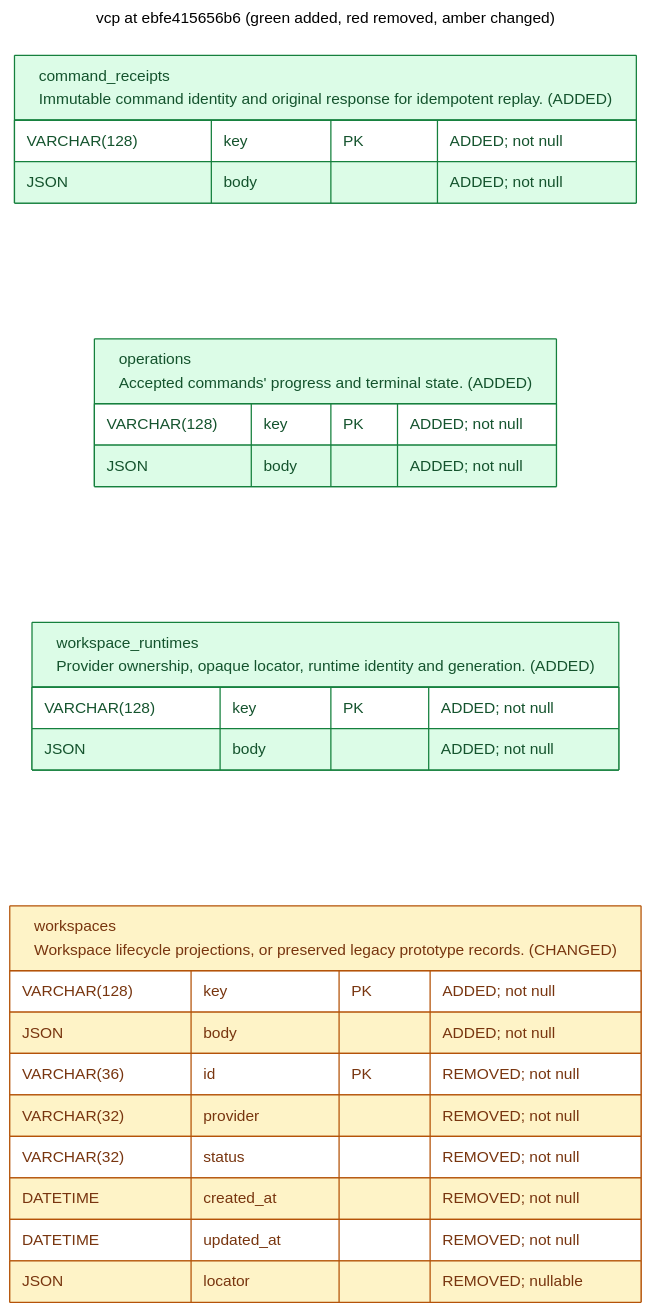
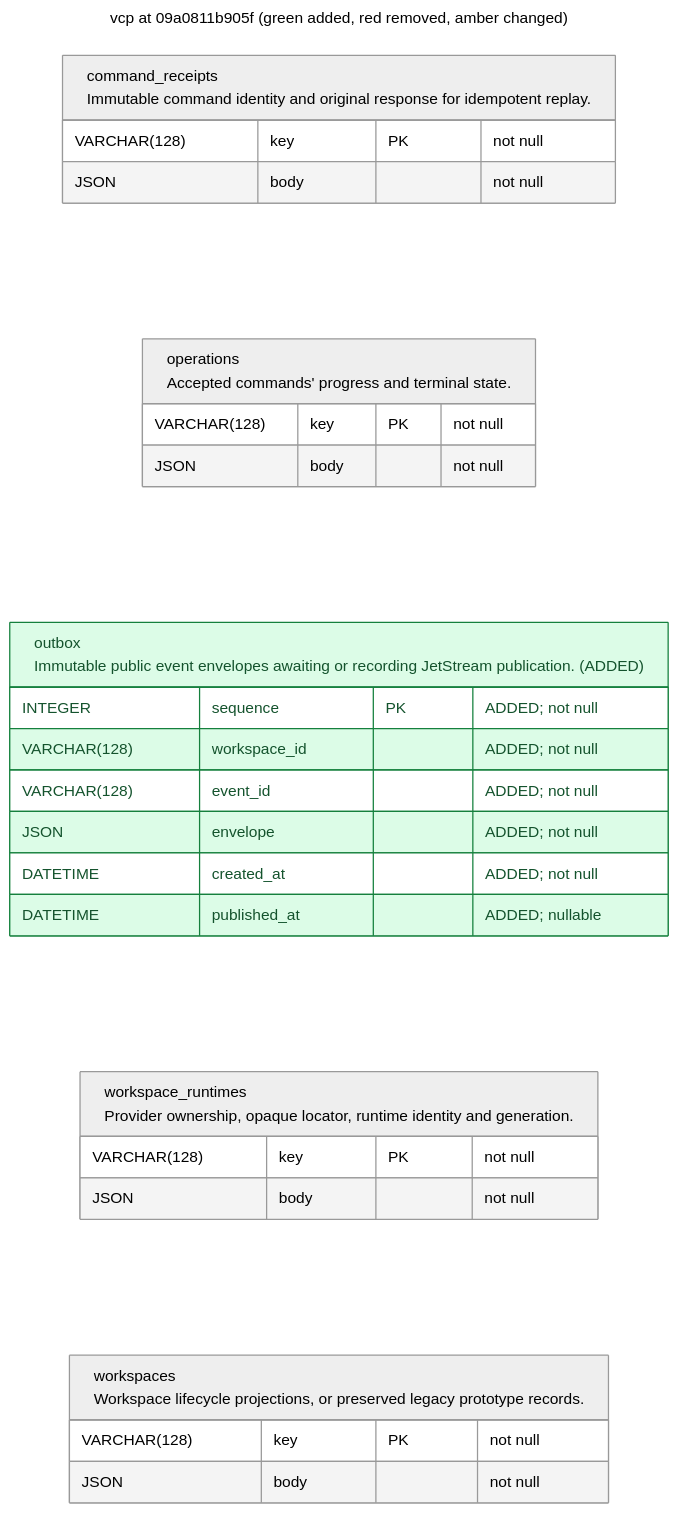
One commit to OpenEngine/OpenEngine changed the diagram in v2/docs/schema/latest_vcp.mermaid. Above: the diagram before and after it, drawn with Mermaid. The commit also changed 20 other files, not shown here.

First line of the commit message:
feat(v2-vcp): publish workspace events through a transactional outbox

```diff
--- a/v2/docs/schema/latest_vcp.mermaid
+++ b/v2/docs/schema/latest_vcp.mermaid
@@ -1,39 +1,38 @@
 ---
-title: vcp at ebfe415656b6 (green added, red removed, amber changed)
+title: vcp at 09a0811b905f (green added, red removed, amber changed)
 config:
   theme: neutral
 ---
 erDiagram
     direction LR
     %% REMOVED tables/columns are tombstones, absent from this revision's schema.
     %% Column changes include type, nullability, default and key membership.
     %% Table changes also include indexes and constraints.
     classDef added fill:#dcfce7,stroke:#15803d,color:#14532d
     classDef removed fill:#fee2e2,stroke:#b91c1c,color:#7f1d1d
     classDef changed fill:#fef3c7,stroke:#b45309,color:#78350f
-    command_receipts["command_receipts<br/>Immutable command identity and original response for idempotent replay. (ADDED)"] {
-        VARCHAR(128) key PK "ADDED; not null"
-        JSON body "ADDED; not null"
+    command_receipts["command_receipts<br/>Immutable command identity and original response for idempotent replay."] {
+        VARCHAR(128) key PK "not null"
+        JSON body "not null"
     }
-    class command_receipts added
-    operations["operations<br/>Accepted commands' progress and terminal state. (ADDED)"] {
-        VARCHAR(128) key PK "ADDED; not null"
-        JSON body "ADDED; not null"
+    operations["operations<br/>Accepted commands' progress and terminal state."] {
+        VARCHAR(128) key PK "not null"
+        JSON body "not null"
     }
-    class operations added
-    workspace_runtimes["workspace_runtimes<br/>Provider ownership, opaque locator, runtime identity and generation. (ADDED)"] {
-        VARCHAR(128) key PK "ADDED; not null"
-        JSON body "ADDED; not null"
+    outbox["outbox<br/>Immutable public event envelopes awaiting or recording JetStream publication. (ADDED)"] {
+        INTEGER sequence PK "ADDED; not null"
+        VARCHAR(128) workspace_id "ADDED; not null"
+        VARCHAR(128) event_id "ADDED; not null"
+        JSON envelope "ADDED; not null"
+        DATETIME created_at "ADDED; not null"
+        DATETIME published_at "ADDED; nullable"
     }
-    class workspace_runtimes added
-    workspaces["workspaces<br/>Workspace lifecycle projections, or preserved legacy prototype records. (CHANGED)"] {
-        VARCHAR(128) key PK "ADDED; not null"
-        JSON body "ADDED; not null"
-        VARCHAR(36) id PK "REMOVED; not null"
-        VARCHAR(32) provider "REMOVED; not null"
-        VARCHAR(32) status "REMOVED; not null"
-        DATETIME created_at "REMOVED; not null"
-        DATETIME updated_at "REMOVED; not null"
-        JSON locator "REMOVED; nullable"
+    class outbox added
+    workspace_runtimes["workspace_runtimes<br/>Provider ownership, opaque locator, runtime identity and generation."] {
+        VARCHAR(128) key PK "not null"
+        JSON body "not null"
     }
-    class workspaces changed
+    workspaces["workspaces<br/>Workspace lifecycle projections, or preserved legacy prototype records."] {
+        VARCHAR(128) key PK "not null"
+        JSON body "not null"
+    }
```
